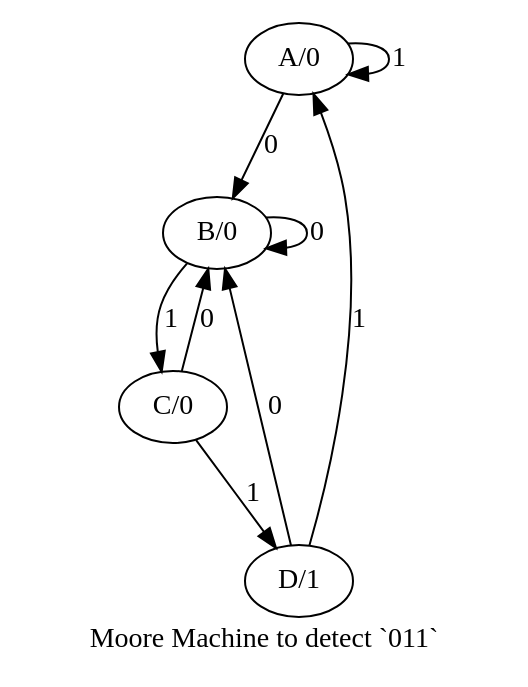
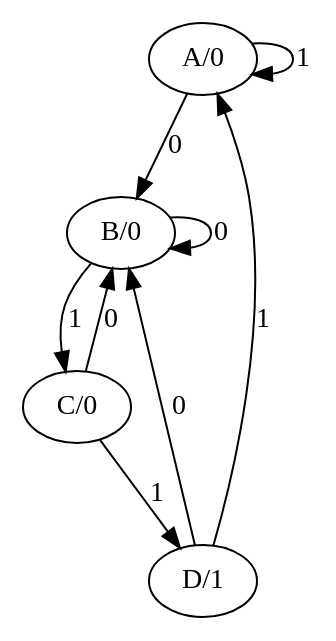
The diagram in seq2fsm/output/moore_fsm_for_011.dot (say4n/fsmutil), drawn with Graphviz before and after one commit. The commit also changed 19 other files, not shown here.

```diff
--- a/seq2fsm/output/moore_fsm_for_011.dot
+++ b/seq2fsm/output/moore_fsm_for_011.dot
@@ -1,19 +1,14 @@
-digraph "" {
-	graph [label="Moore Machine to detect `011`"];
-	"A/0" -> "A/0" [key=0,
-	label=1];
-"A/0" -> "B/0" [key=0,
-label=0];
-"B/0" -> "B/0" [key=0,
-label=0];
-"B/0" -> "C/0" [key=0,
-label=1];
-"C/0" -> "B/0" [key=0,
-label=0];
-"C/0" -> "D/1" [key=0,
-label=1];
-"D/1" -> "A/0" [key=0,
-label=1];
-"D/1" -> "B/0" [key=0,
-label=0];
+digraph  {
+"A/0";
+"B/0";
+"C/0";
+"D/1";
+"A/0" -> "A/0"  [key=0, label=1];
+"A/0" -> "B/0"  [key=0, label=0];
+"B/0" -> "B/0"  [key=0, label=0];
+"B/0" -> "C/0"  [key=0, label=1];
+"C/0" -> "D/1"  [key=0, label=1];
+"C/0" -> "B/0"  [key=0, label=0];
+"D/1" -> "A/0"  [key=0, label=1];
+"D/1" -> "B/0"  [key=0, label=0];
 }
```
